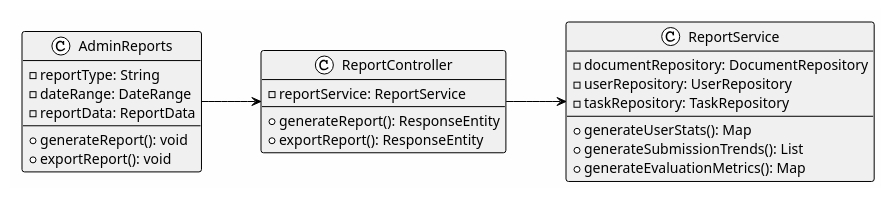
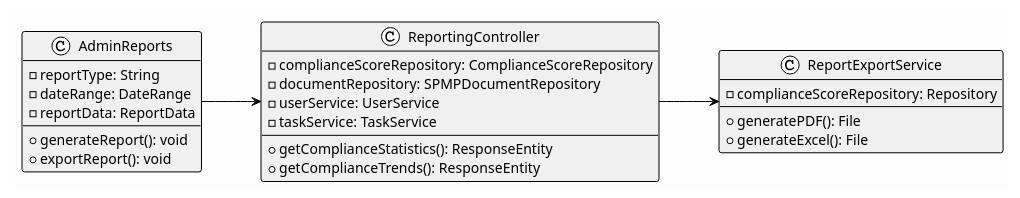
One commit to lawas-tess/SPMP-Evaluator changed diagram 26 of 29 in Capstone Files/Module2.md. Above: the diagram before and after it, drawn with PlantUML. The commit also changed other lines of this file and 8 other files, not shown here.

Commit message:
Add AI integration architecture docs, PlantUML diagrams, and presentation script; Update modules with hybrid AI approach; Switch to Amazon Nova model with timeout protection

````diff
--- a/Capstone Files/Module2.md
+++ b/Capstone Files/Module2.md
@@ -2585,37 +2746,37 @@
 ```plantuml
 @startuml AdminReports_ClassDiagram
 !theme plain
 left to right direction
 skinparam backgroundColor #FEFEFE
 skinparam classBackgroundColor #F0F0F0
 
 class AdminReports {
   - reportType: String
   - dateRange: DateRange
   - reportData: ReportData
   --
   + generateReport(): void
   + exportReport(): void
 }
 
-class ReportController {
-  - reportService: ReportService
+class ReportingController {
+  - complianceScoreRepository: ComplianceScoreRepository
+  - documentRepository: SPMPDocumentRepository
+  - userService: UserService
+  - taskService: TaskService
   --
-  + generateReport(): ResponseEntity
-  + exportReport(): ResponseEntity
+  + getComplianceStatistics(): ResponseEntity
+  + getComplianceTrends(): ResponseEntity
 }
 
-class ReportService {
-  - documentRepository: DocumentRepository
-  - userRepository: UserRepository
-  - taskRepository: TaskRepository
+class ReportExportService {
+  - complianceScoreRepository: Repository
   --
-  + generateUserStats(): Map
-  + generateSubmissionTrends(): List
-  + generateEvaluationMetrics(): Map
+  + generatePDF(): File
+  + generateExcel(): File
 }
 
-AdminReports --> ReportController
-ReportController --> ReportService
+AdminReports --> ReportingController
+ReportingController --> ReportExportService
 @enduml
 ```
````
